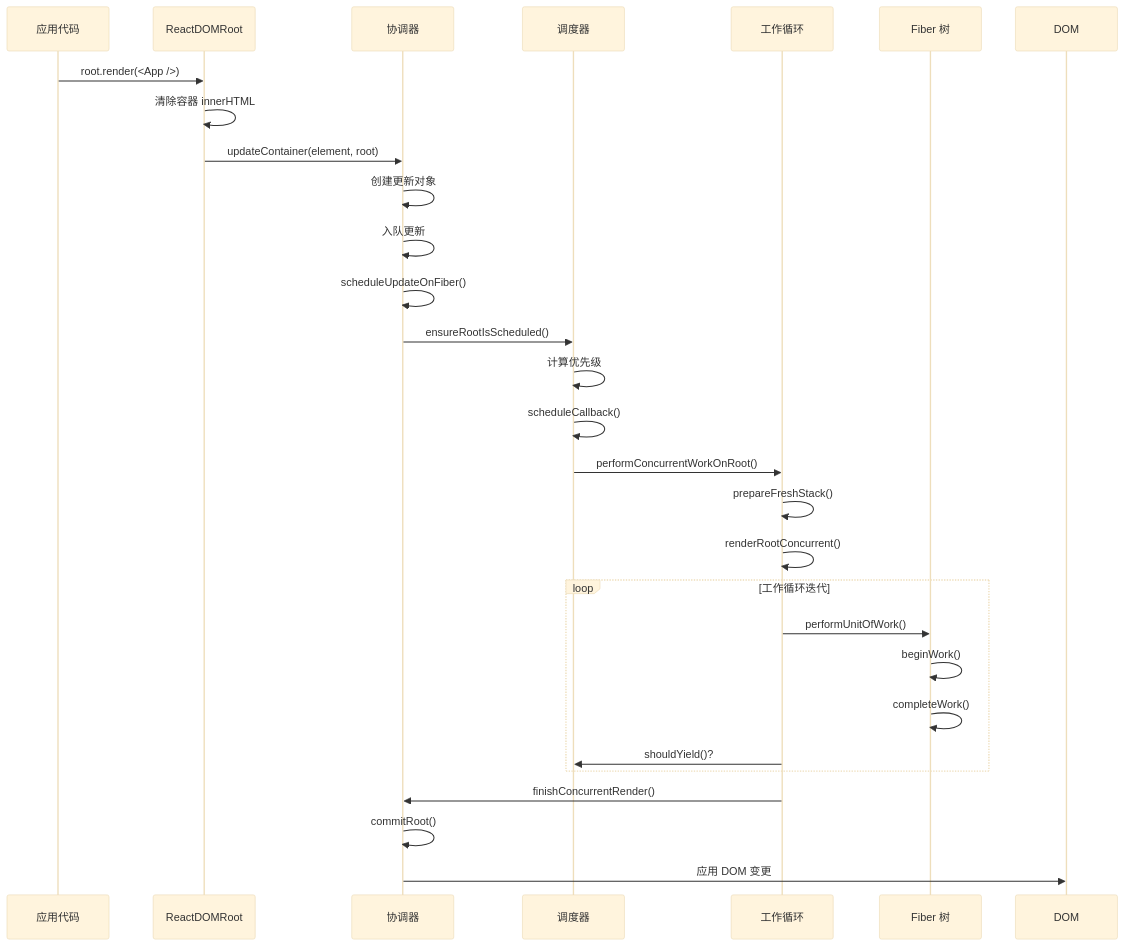
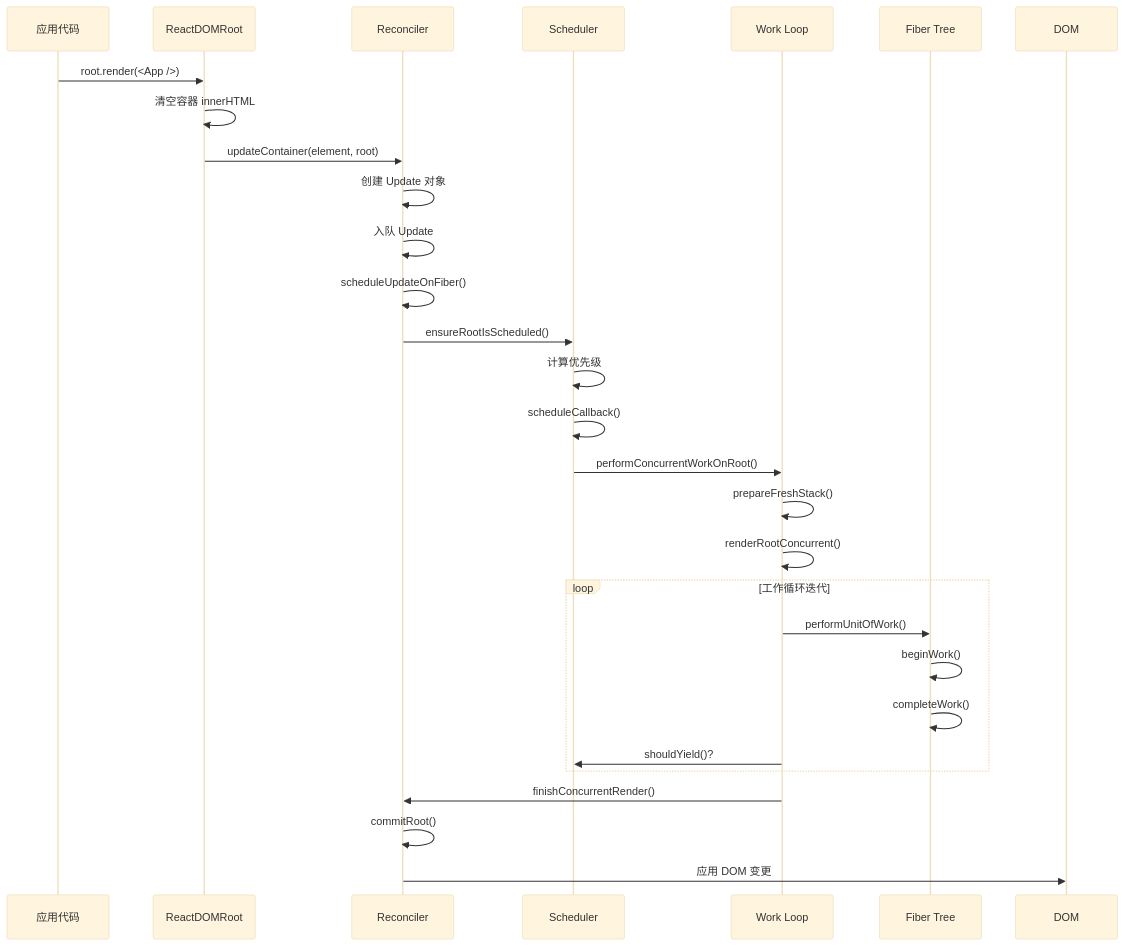
The fourth of 11 diagrams in README_CN.md (changcheng1/react18-source-implementation), drawn with Mermaid (base theme) before and after one commit. The commit also changed other lines of this file, not shown here.

````diff
--- a/README_CN.md
+++ b/README_CN.md
@@ -1632,37 +763,37 @@
 ```mermaid
 sequenceDiagram
     participant App as 应用代码
     participant Root as ReactDOMRoot
-    participant Reconciler as 协调器
-    participant Scheduler as 调度器
-    participant WorkLoop as 工作循环
-    participant Fiber as Fiber 树
+    participant Reconciler as Reconciler
+    participant Scheduler as Scheduler
+    participant WorkLoop as Work Loop
+    participant Fiber as Fiber Tree
     participant DOM as DOM
 
     App->>Root: root.render(<App />)
-    Root->>Root: 清除容器 innerHTML
+    Root->>Root: 清空容器 innerHTML
     Root->>Reconciler: updateContainer(element, root)
 
-    Reconciler->>Reconciler: 创建更新对象
-    Reconciler->>Reconciler: 入队更新
+    Reconciler->>Reconciler: 创建 Update 对象
+    Reconciler->>Reconciler: 入队 Update
     Reconciler->>Reconciler: scheduleUpdateOnFiber()
 
     Reconciler->>Scheduler: ensureRootIsScheduled()
     Scheduler->>Scheduler: 计算优先级
     Scheduler->>Scheduler: scheduleCallback()
 
     Scheduler->>WorkLoop: performConcurrentWorkOnRoot()
     WorkLoop->>WorkLoop: prepareFreshStack()
     WorkLoop->>WorkLoop: renderRootConcurrent()
 
     loop 工作循环迭代
         WorkLoop->>Fiber: performUnitOfWork()
         Fiber->>Fiber: beginWork()
         Fiber->>Fiber: completeWork()
         WorkLoop->>Scheduler: shouldYield()?
     end
 
     WorkLoop->>Reconciler: finishConcurrentRender()
     Reconciler->>Reconciler: commitRoot()
     Reconciler->>DOM: 应用 DOM 变更
 ```
````
